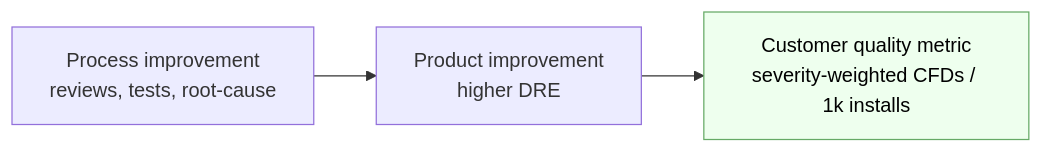
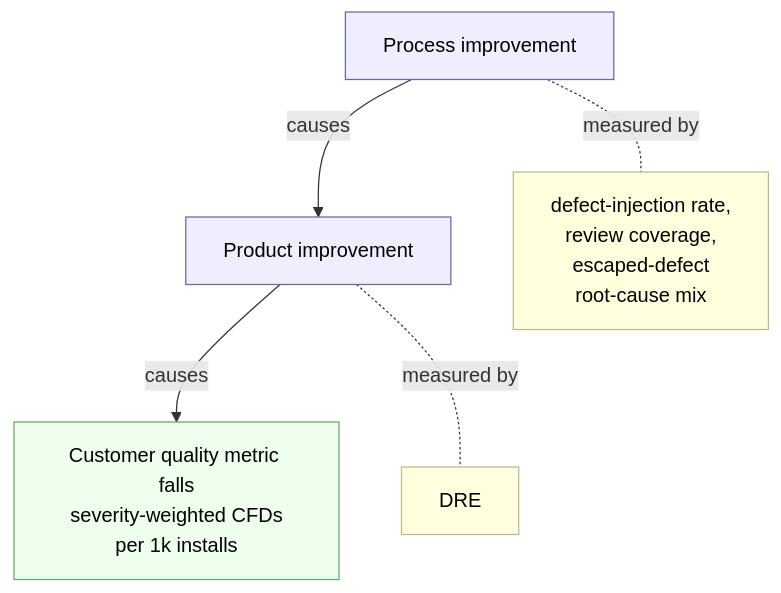
Before and after one commit to vrthra/open-swe-book: the third of 3 diagrams in chapters/10-quality-metrics/README.md, drawn with Mermaid. The commit also changed 23 other files, not shown here.

Commit message:
Update tab order and fixed diagrams

````diff
--- a/chapters/10-quality-metrics/README.md
+++ b/chapters/10-quality-metrics/README.md
@@ -467,7 +467,13 @@
 ```mermaid
-flowchart LR
-    P[Process improvement<br/>reviews, tests, root-cause] --> D[Product improvement<br/>higher DRE]
-    D --> Q["Customer quality metric<br/>severity-weighted CFDs / 1k installs"]
+flowchart TD
+    P["Process improvement"] -- causes --> D["Product improvement"]
+    D -- causes --> Q["Customer quality metric falls<br/>severity-weighted CFDs<br/>per 1k installs"]
+    P -. measured by .- PM["defect-injection rate,<br/>review coverage,<br/>escaped-defect<br/>root-cause mix"]
+    D -. measured by .- DM["DRE"]
+    classDef sub fill:#eef,stroke:#66a,color:#000;
+    classDef met fill:#ffd,stroke:#bb8,color:#000;
     classDef top fill:#efe,stroke:#6a6,color:#000;
+    class P,D sub;
+    class PM,DM met;
     class Q top;
 ```
````
